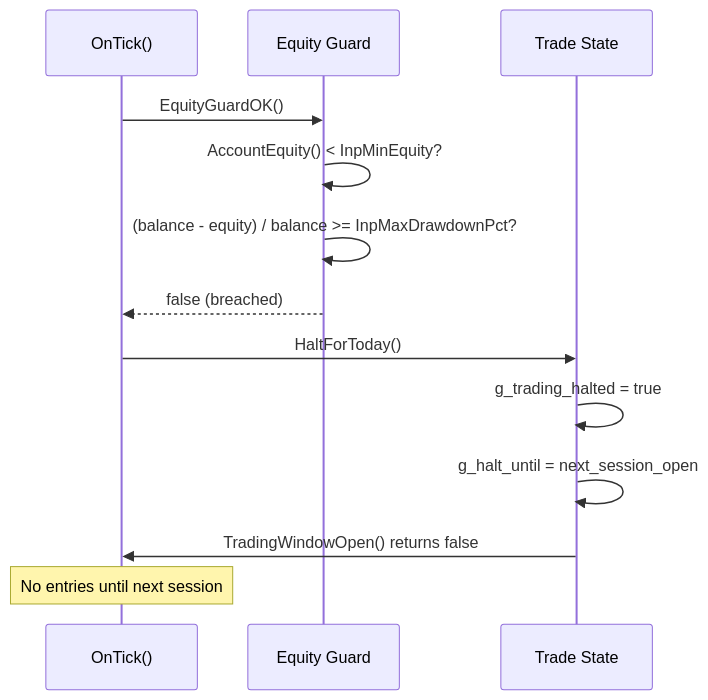
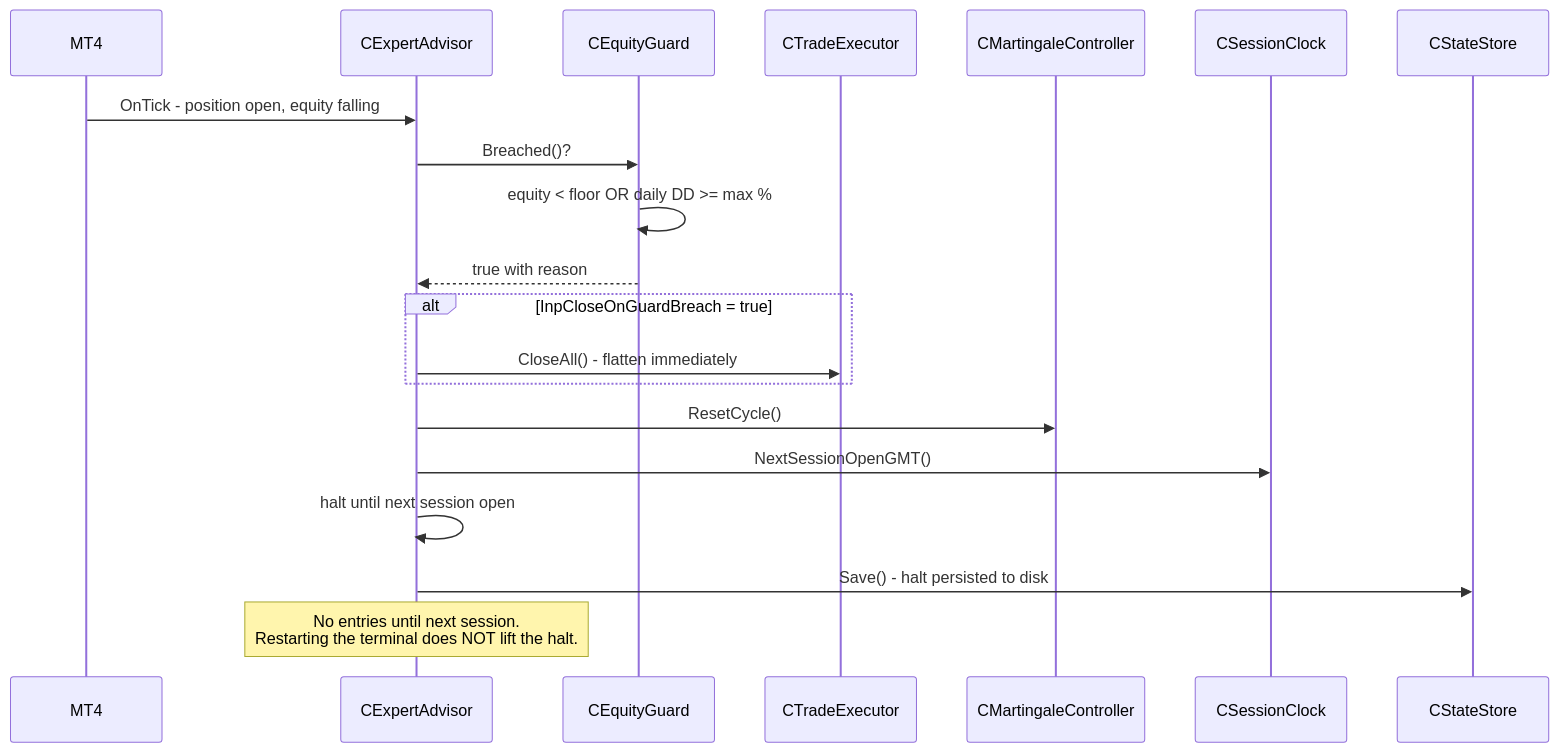
Before and after one commit to nhasibuan/oneminuteman: the fifth of 6 diagrams in README.md, drawn with Mermaid. The commit also changed other lines of this file, not shown here.

First line of the commit message:
docs: fix DFD mermaid parse error; mermaid-only diagrams; add data dictionary

````diff
--- a/README.md
+++ b/README.md
@@ -342,16 +406,23 @@
 ```mermaid
 sequenceDiagram
-    participant Tick as OnTick()
-    participant Equity as Equity Guard
-    participant State as Trade State
+    participant MT4
+    participant EA as CExpertAdvisor
+    participant Guard as CEquityGuard
+    participant Exec as CTradeExecutor
+    participant Mart as CMartingaleController
+    participant Clock as CSessionClock
+    participant Store as CStateStore
 
-    Tick->>Equity: EquityGuardOK()
-    Equity->>Equity: AccountEquity() < InpMinEquity?
-    Equity->>Equity: (balance - equity) / balance >= InpMaxDrawdownPct?
-    Equity-->>Tick: false (breached)
-    Tick->>State: HaltForToday()
-    State->>State: g_trading_halted = true
-    State->>State: g_halt_until = next_session_open
-    State->>Tick: TradingWindowOpen() returns false
-    Note over Tick: No entries until next session
+    MT4->>EA: OnTick - position open, equity falling
+    EA->>Guard: Breached()?
+    Guard->>Guard: equity < floor OR daily DD >= max %
+    Guard-->>EA: true with reason
+    alt InpCloseOnGuardBreach = true
+        EA->>Exec: CloseAll() - flatten immediately
+    end
+    EA->>Mart: ResetCycle()
+    EA->>Clock: NextSessionOpenGMT()
+    EA->>EA: halt until next session open
+    EA->>Store: Save() - halt persisted to disk
+    Note over EA: No entries until next session.<br/>Restarting the terminal does NOT lift the halt.
 ```
````
